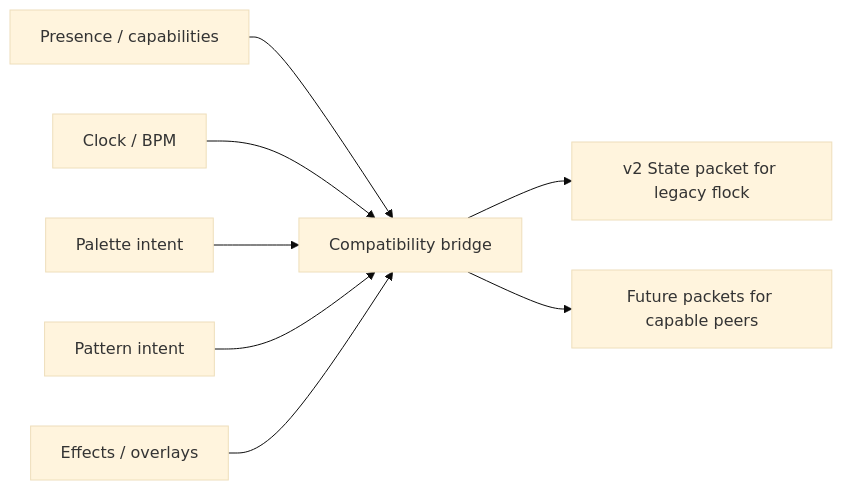
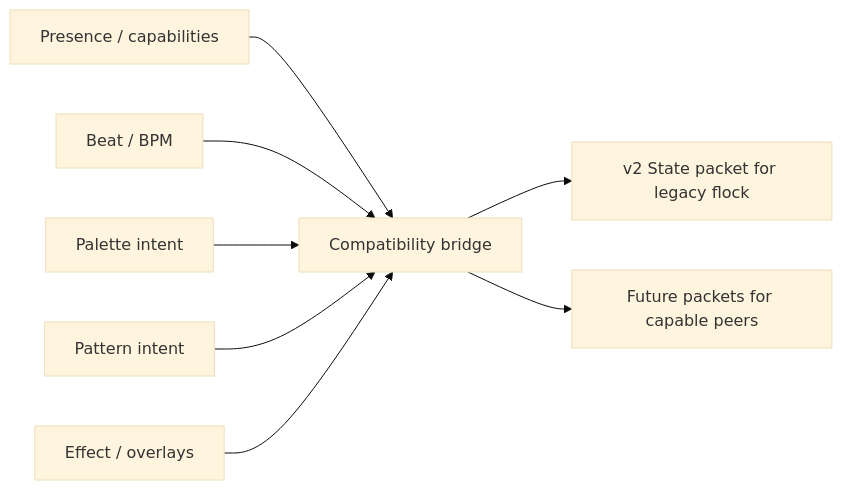
The fifth of 5 diagrams in usermods/Tubes/PROTOCOL.md (SteveEisner/WLEDtubes), drawn with Mermaid (base theme) before and after one commit. The commit also changed other lines of this file and 9 other files, not shown here.

Commit message:
feat: add guarded Tubes OTA recovery flow

````diff
--- a/usermods/Tubes/PROTOCOL.md
+++ b/usermods/Tubes/PROTOCOL.md
@@ -725,10 +891,10 @@
 ```mermaid
 flowchart LR
   Presence["Presence / capabilities"] --> Bridge["Compatibility bridge"]
-  Clock["Clock / BPM"] --> Bridge
+  Beat["Beat / BPM"] --> Bridge
   Palette["Palette intent"] --> Bridge
   Pattern["Pattern intent"] --> Bridge
-  Effects["Effects / overlays"] --> Bridge
+  Effect["Effect / overlays"] --> Bridge
   Bridge --> V2["v2 State packet for legacy flock"]
   Bridge --> Future["Future packets for capable peers"]
 ```
````
